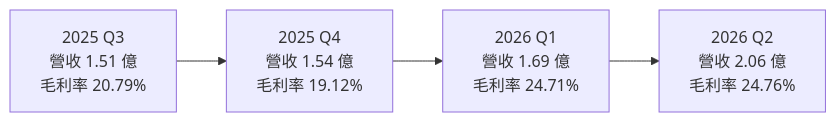
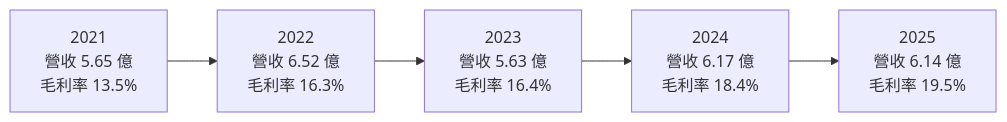
One commit to wangnick1004/taiwan-stock-vault changed the third of 4 diagrams in 個股/台股/3467台灣精材.md. Above: the diagram before and after it, drawn with Mermaid. The commit also changed other lines of this file and 142 other files, not shown here.

````diff
--- a/個股/台股/3467台灣精材.md
+++ b/個股/台股/3467台灣精材.md
@@ -136,4 +134,4 @@
 ```mermaid
 flowchart LR
-    Q3["2025 Q3<br/>營收 1.51 億<br/>毛利率 20.79%"] --> Q4["2025 Q4<br/>營收 1.54 億<br/>毛利率 19.12%"] --> Q1["2026 Q1<br/>營收 1.69 億<br/>毛利率 24.71%"] --> Q2["2026 Q2<br/>營收 2.06 億<br/>毛利率 24.76%"]
+    Y21["2021<br/>營收 5.65 億<br/>毛利率 13.5%"] --> Y22["2022<br/>營收 6.52 億<br/>毛利率 16.3%"] --> Y23["2023<br/>營收 5.63 億<br/>毛利率 16.4%"] --> Y24["2024<br/>營收 6.17 億<br/>毛利率 18.4%"] --> Y25["2025<br/>營收 6.14 億<br/>毛利率 19.5%"]
 ```
````
